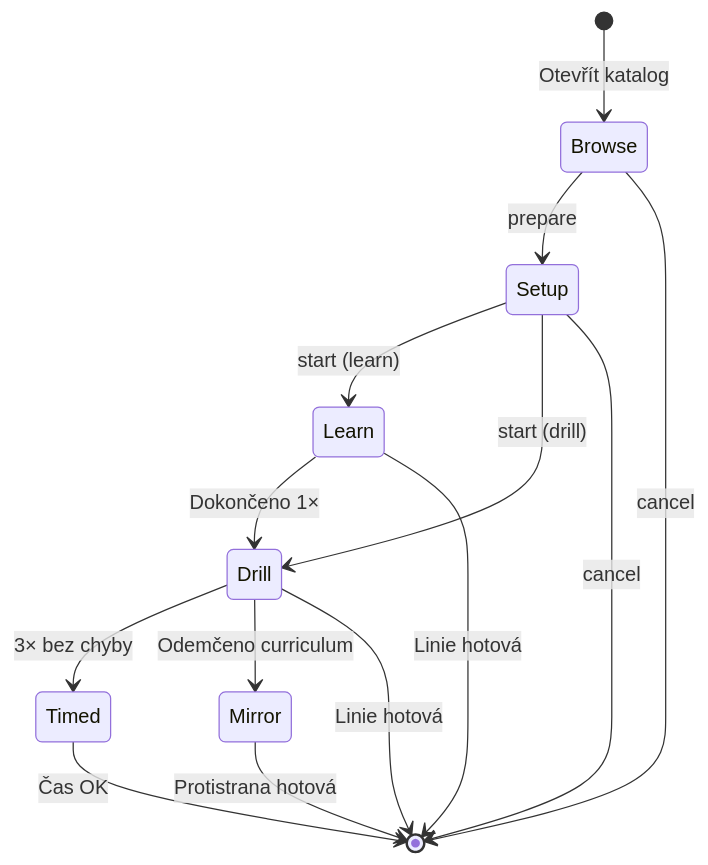
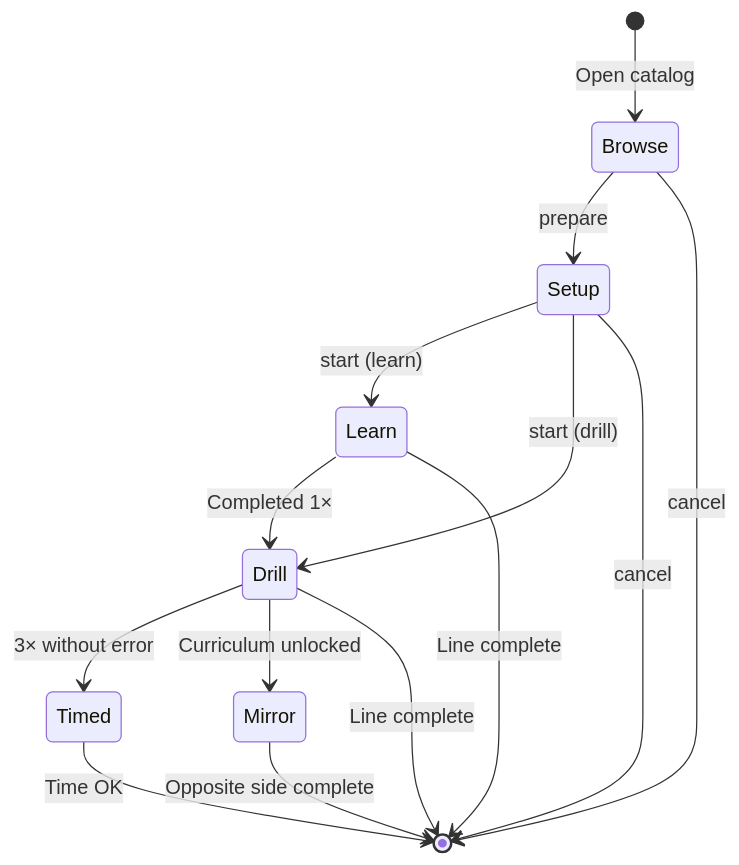
Before and after one commit to AlfredKrutina/chess_esp32_c6_devkit: the first of 6 diagrams in docs/reference/OPENING_TRAINING_PLAN.md, drawn with Mermaid. The commit also changed other lines of this file and 372 other files, not shown here.

````diff
--- a/docs/reference/OPENING_TRAINING_PLAN.md
+++ b/docs/reference/OPENING_TRAINING_PLAN.md
@@ -227,16 +227,16 @@
 ```mermaid
 stateDiagram-v2
-  [*] --> Browse: Otevřít katalog
+  [*] --> Browse: Open catalog
   Browse --> Setup: prepare
   Setup --> Learn: start (learn)
   Setup --> Drill: start (drill)
-  Learn --> Drill: Dokončeno 1×
-  Drill --> Timed: 3× bez chyby
-  Drill --> Mirror: Odemčeno curriculum
-  Timed --> [*]: Čas OK
-  Learn --> [*]: Linie hotová
-  Drill --> [*]: Linie hotová
-  Mirror --> [*]: Protistrana hotová
+  Learn --> Drill: Completed 1×
+  Drill --> Timed: 3× without error
+  Drill --> Mirror: Curriculum unlocked
+  Timed --> [*]: Time OK
+  Learn --> [*]: Line complete
+  Drill --> [*]: Line complete
+  Mirror --> [*]: Opposite side complete
   Browse --> [*]: cancel
   Setup --> [*]: cancel
 ```
````
